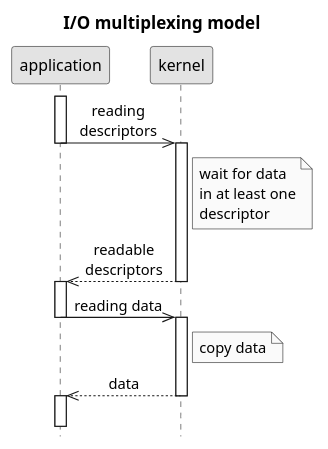
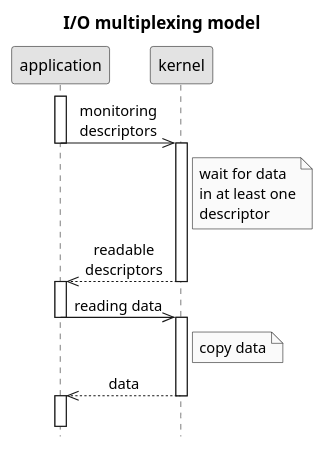
One commit to c0p4c4b4n4/demo-sockets-io-nio-nio2 changed the diagram in .images/IO multiplexing model.puml. Above: the diagram before and after it, drawn with PlantUML. The commit also changed 1 other file, not shown here.

```diff
--- a/.images/IO multiplexing model.puml
+++ b/.images/IO multiplexing model.puml
@@ -1,25 +1,25 @@
 @startuml
 title I/O multiplexing model
 hide footbox
 skinparam monochrome true
 skinparam defaultFontName Microsoft Sans Serif
 skinparam titleFontSize 15
 skinparam sequenceMessageAlign center
 activate application
-application->>kernel: reading\ndescriptors
+application->>kernel: monitoring\ndescriptors
 deactivate application
 activate kernel
 Note right of kernel: wait for data\nin at least one\ndescriptor
 kernel-->>application: readable\ndescriptors
 deactivate kernel
 activate application
 application->>kernel: reading data
 deactivate application
 activate kernel
 Note right of kernel: copy data
 kernel-->>application: data
 deactivate kernel
 activate application
 ||4||
 kernel -[#white]->]
 @enduml
```
